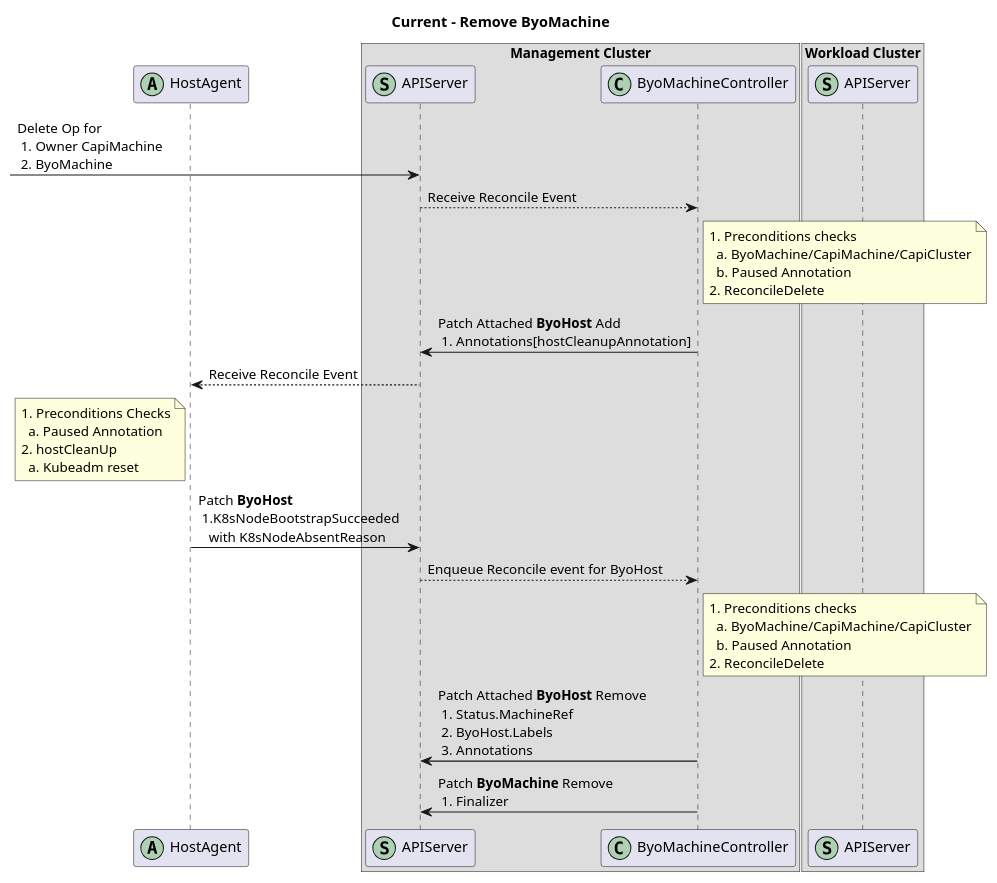
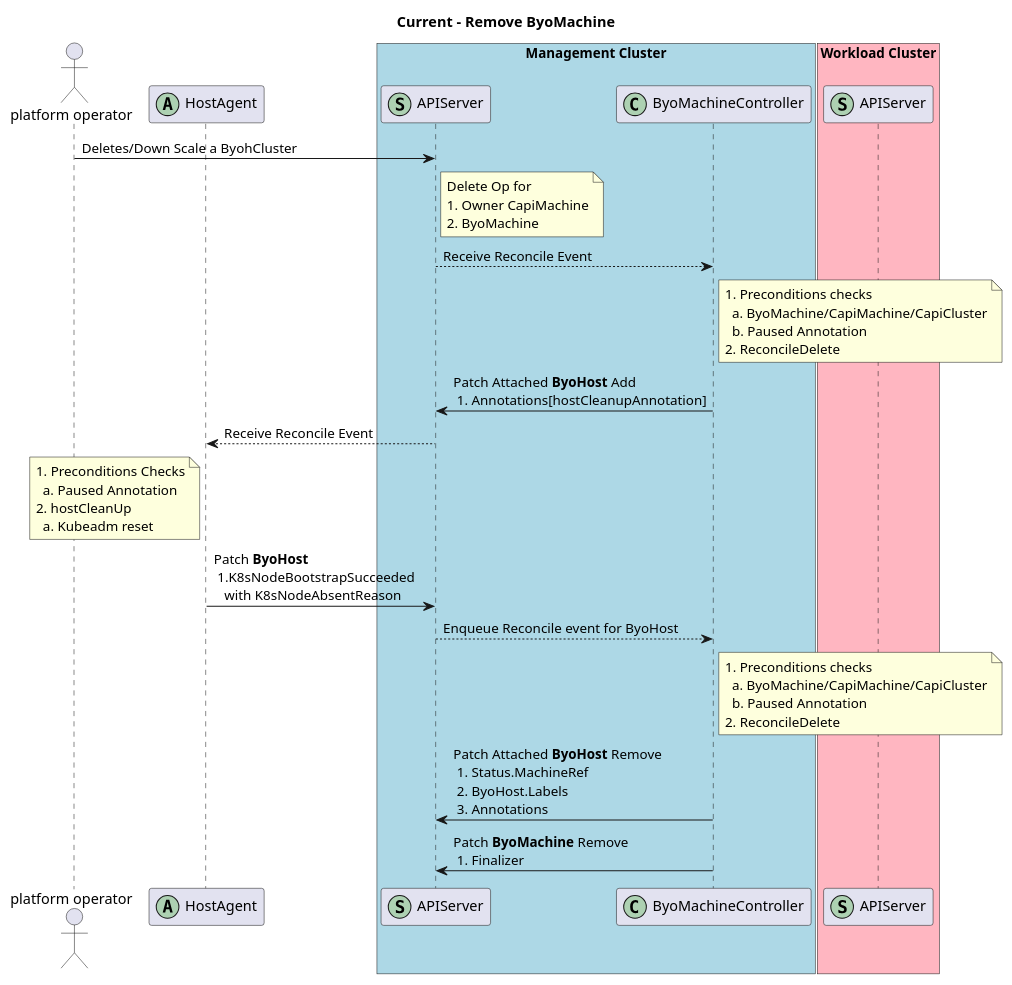
The diagram in docs/remove-byomachine-workflow.puml (vmware-tanzu/cluster-api-provider-bringyourownhost), drawn with PlantUML before and after one commit. The commit also changed 3 other files, not shown here.

Commit message:
Added PNG images of plantuml diagrams

```diff
--- a/docs/remove-byomachine-workflow.puml
+++ b/docs/remove-byomachine-workflow.puml
@@ -1,45 +1,51 @@
-@startuml del-byomachine
+@startuml Del-byomachine
 title
 Current - Remove ByoMachine
 end title
 
-
+actor "platform operator" as po
 participant HostAgent as hagent <<(A,#ADD1B2)>>
-box "Management Cluster"
+box "Management Cluster" #LightBlue
     participant APIServer as mc <<(S,#ADD1B2) >>
     participant ByoMachineController as bmc <<(C,#ADD1B2)>>
 end box
 
-box "Workload Cluster"
+box "Workload Cluster" #LightPink
     participant APIServer as wc <<(S,#ADD1B2) >>
 end box 
 
 
-->mc: Delete Op for \n 1. Owner CapiMachine \n 2. ByoMachine
+po->mc: Deletes/Down Scale a ByohCluster
+note right of mc
+Delete Op for 
+1. Owner CapiMachine
+2. ByoMachine
+end note
+
 mc --> bmc: Receive Reconcile Event
 note right of bmc
     1. Preconditions checks
       a. ByoMachine/CapiMachine/CapiCluster
       b. Paused Annotation
     2. ReconcileDelete
 end note
 bmc -> mc: Patch Attached <b>ByoHost</b> Add \n 1. Annotations[hostCleanupAnnotation]
 mc --> hagent: Receive Reconcile Event
 note left of hagent
     1. Preconditions Checks
       a. Paused Annotation
     2. hostCleanUp
       a. Kubeadm reset
 end note
 hagent -> mc: Patch <b>ByoHost</b> \n 1.K8sNodeBootstrapSucceeded \n   with K8sNodeAbsentReason
 mc --> bmc: Enqueue Reconcile event for ByoHost
 note right of bmc
     1. Preconditions checks
       a. ByoMachine/CapiMachine/CapiCluster
       b. Paused Annotation
     2. ReconcileDelete
 end note
 bmc -> mc: Patch Attached <b>ByoHost</b> Remove \n 1. Status.MachineRef \n 2. ByoHost.Labels \n 3. Annotations
 bmc -> mc: Patch <b>ByoMachine</b> Remove \n 1. Finalizer
 
 @enduml
```
